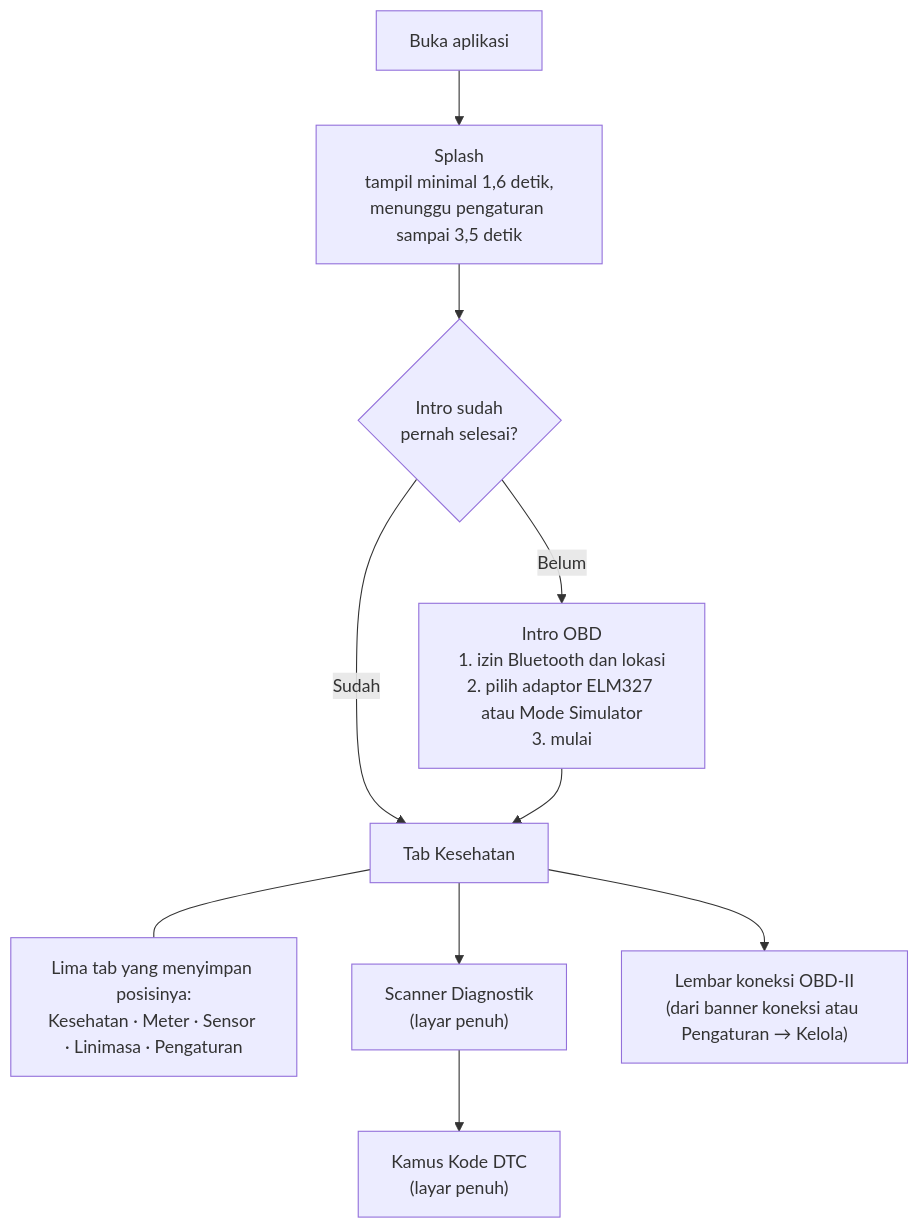
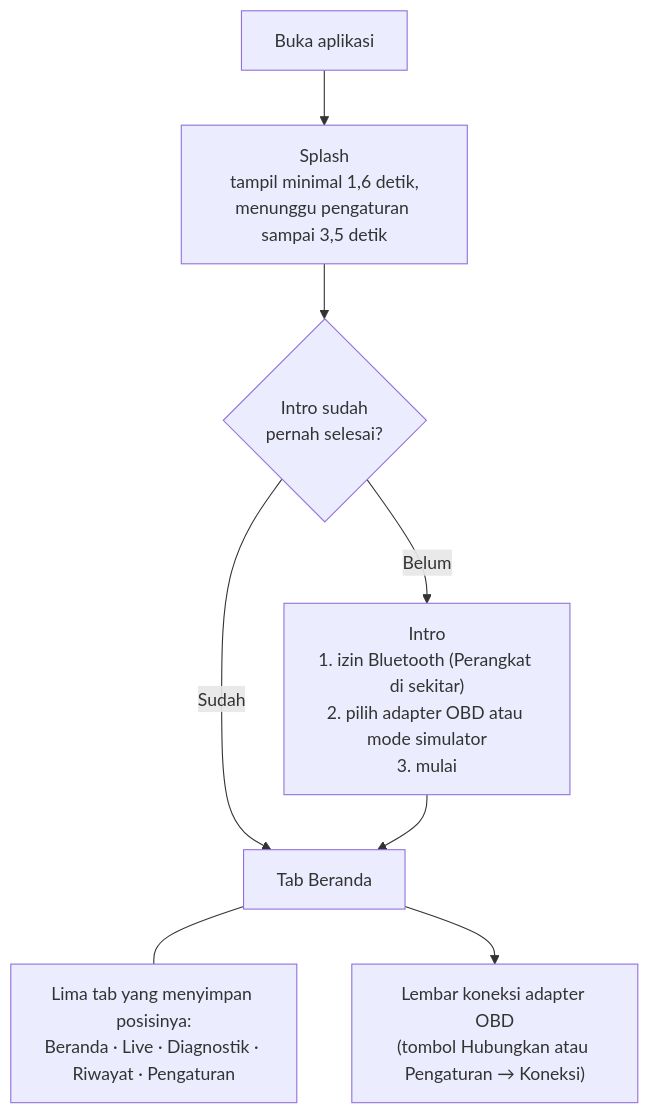
The second of 9 diagrams in docs/alur-kerja.md (RulyOctareza/OBD-Scanner), drawn with Mermaid before and after one commit. The commit also changed other lines of this file and 13 other files, not shown here.

````diff
--- a/docs/alur-kerja.md
+++ b/docs/alur-kerja.md
@@ -46,12 +46,10 @@
 ```mermaid
 flowchart TD
     A["Buka aplikasi"] --> B["Splash<br/>tampil minimal 1,6 detik,<br/>menunggu pengaturan sampai 3,5 detik"]
     B --> C{"Intro sudah<br/>pernah selesai?"}
-    C -- "Belum" --> D["Intro OBD<br/>1. izin Bluetooth dan lokasi<br/>2. pilih adaptor ELM327 atau Mode Simulator<br/>3. mulai"]
-    C -- "Sudah" --> E["Tab Kesehatan"]
+    C -- "Belum" --> D["Intro<br/>1. izin Bluetooth (Perangkat di sekitar)<br/>2. pilih adapter OBD atau mode simulator<br/>3. mulai"]
+    C -- "Sudah" --> E["Tab Beranda"]
     D --> E
-    E --- T["Lima tab yang menyimpan posisinya:<br/>Kesehatan · Meter · Sensor · Linimasa · Pengaturan"]
-    E --> G["Scanner Diagnostik<br/>(layar penuh)"]
-    G --> H["Kamus Kode DTC<br/>(layar penuh)"]
-    E --> S["Lembar koneksi OBD-II<br/>(dari banner koneksi atau Pengaturan → Kelola)"]
+    E --- T["Lima tab yang menyimpan posisinya:<br/>Beranda · Live · Diagnostik · Riwayat · Pengaturan"]
+    E --> S["Lembar koneksi adapter OBD<br/>(tombol Hubungkan atau Pengaturan → Koneksi)"]
 ```
````
